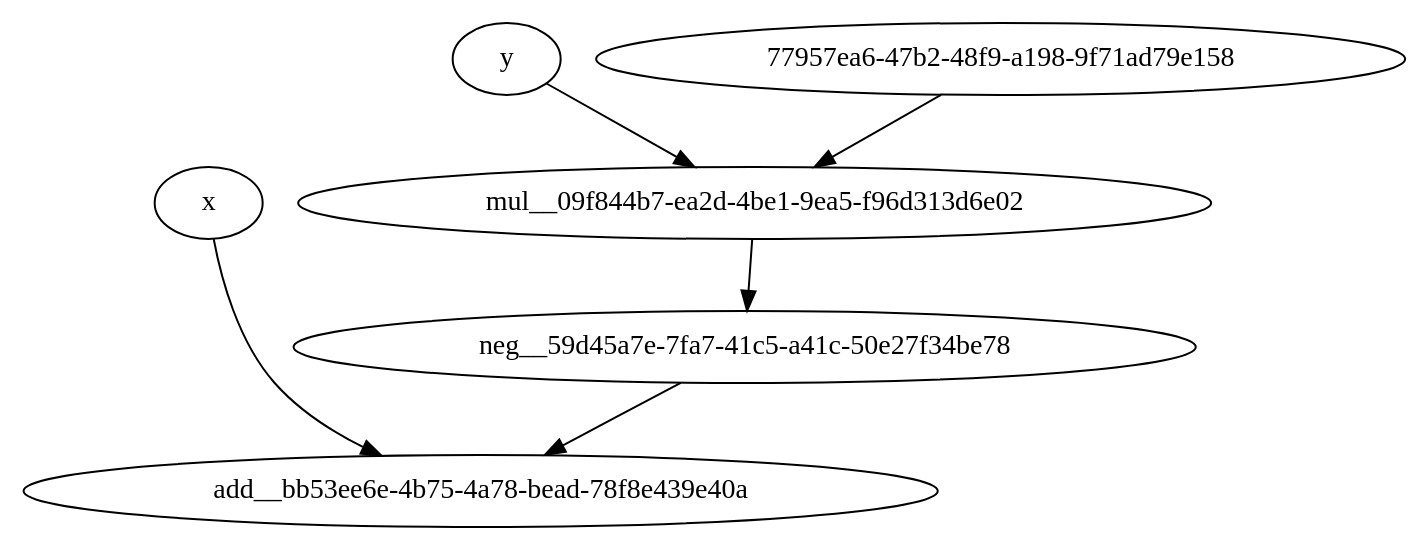
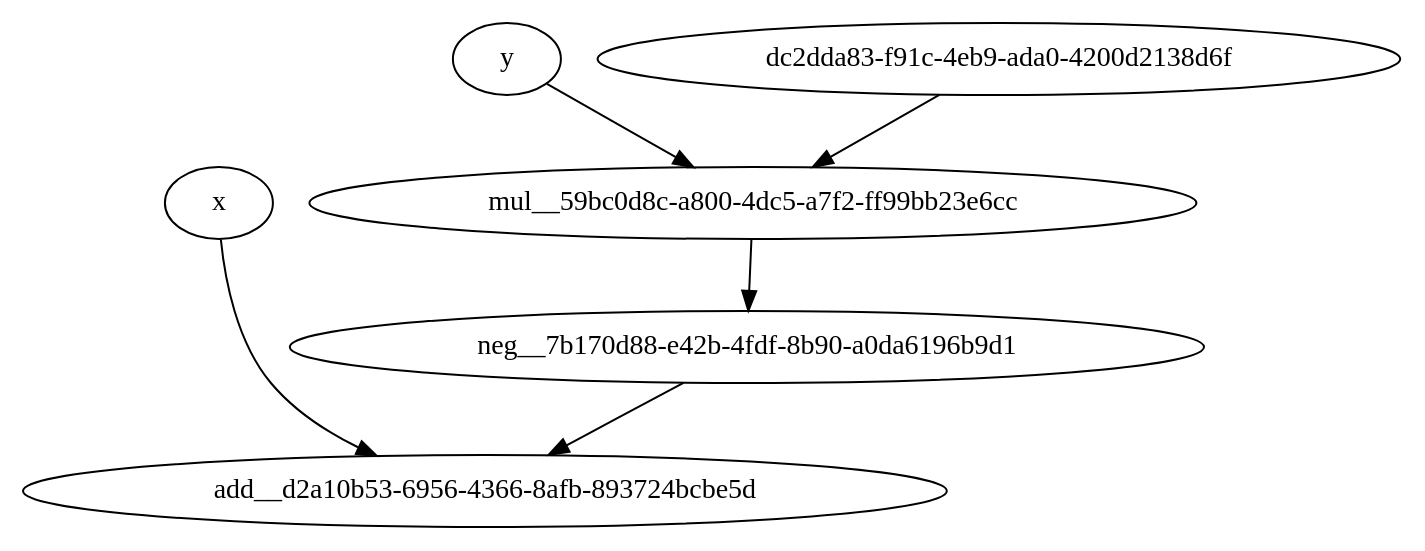
The diagram in graph_examples/graph2.gv (blokhinnv/algo), drawn with Graphviz before and after one commit. The commit also changed 3 other files, not shown here.

```diff
--- a/graph_examples/graph2.gv
+++ b/graph_examples/graph2.gv
@@ -1,25 +1,25 @@
 strict digraph {
 
-	"add__bb53ee6e-4b75-4a78-bead-78f8e439e40a" [  weight=0 ];
+	"add__d2a10b53-6956-4366-8afb-893724bcbe5d" [  weight=0 ];
 
 	"x" [  weight=0 ];
 
-	"x" -> "add__bb53ee6e-4b75-4a78-bead-78f8e439e40a" [  weight=0 ];
+	"x" -> "add__d2a10b53-6956-4366-8afb-893724bcbe5d" [  weight=0 ];
 
-	"neg__59d45a7e-7fa7-41c5-a41c-50e27f34be78" [  weight=0 ];
+	"neg__7b170d88-e42b-4fdf-8b90-a0da6196b9d1" [  weight=0 ];
 
-	"neg__59d45a7e-7fa7-41c5-a41c-50e27f34be78" -> "add__bb53ee6e-4b75-4a78-bead-78f8e439e40a" [  weight=0 ];
+	"neg__7b170d88-e42b-4fdf-8b90-a0da6196b9d1" -> "add__d2a10b53-6956-4366-8afb-893724bcbe5d" [  weight=0 ];
 
-	"mul__09f844b7-ea2d-4be1-9ea5-f96d313d6e02" [  weight=0 ];
+	"mul__59bc0d8c-a800-4dc5-a7f2-ff99bb23e6cc" [  weight=0 ];
 
-	"mul__09f844b7-ea2d-4be1-9ea5-f96d313d6e02" -> "neg__59d45a7e-7fa7-41c5-a41c-50e27f34be78" [  weight=0 ];
+	"mul__59bc0d8c-a800-4dc5-a7f2-ff99bb23e6cc" -> "neg__7b170d88-e42b-4fdf-8b90-a0da6196b9d1" [  weight=0 ];
 
 	"y" [  weight=0 ];
 
-	"y" -> "mul__09f844b7-ea2d-4be1-9ea5-f96d313d6e02" [  weight=0 ];
+	"y" -> "mul__59bc0d8c-a800-4dc5-a7f2-ff99bb23e6cc" [  weight=0 ];
 
-	"77957ea6-47b2-48f9-a198-9f71ad79e158" [  weight=0 ];
+	"dc2dda83-f91c-4eb9-ada0-4200d2138d6f" [  weight=0 ];
 
-	"77957ea6-47b2-48f9-a198-9f71ad79e158" -> "mul__09f844b7-ea2d-4be1-9ea5-f96d313d6e02" [  weight=0 ];
+	"dc2dda83-f91c-4eb9-ada0-4200d2138d6f" -> "mul__59bc0d8c-a800-4dc5-a7f2-ff99bb23e6cc" [  weight=0 ];
 
 }
```
